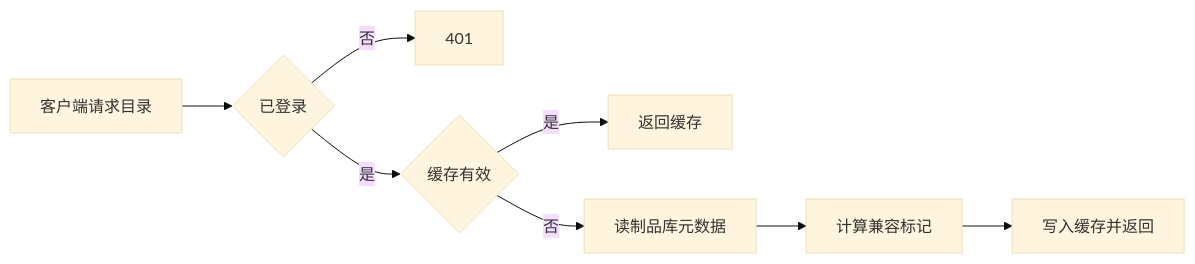
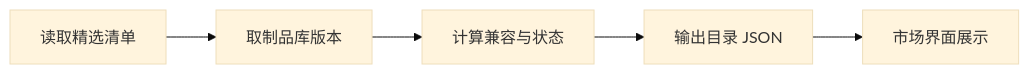
One commit to hrygo/heluo-forge changed the diagram in docs/design/services/market-index.md. Above: the diagram before and after it, drawn with Mermaid (base theme). The commit also changed other lines of this file and 5 other files, not shown here.

````diff
--- a/docs/design/services/market-index.md
+++ b/docs/design/services/market-index.md
@@ -95,10 +103,7 @@
 ```mermaid
 flowchart LR
-  A[客户端请求目录] --> B{已登录}
-  B -->|否| C[401]
-  B -->|是| D{缓存有效}
-  D -->|是| E[返回缓存]
-  D -->|否| F[读制品库元数据]
-  F --> G[计算兼容标记]
-  G --> H[写入缓存并返回]
+  A[读取精选清单] --> B[取制品库版本]
+  B --> C[计算兼容与状态]
+  C --> D[输出目录 JSON]
+  D --> E[市场界面展示]
 ```
````
